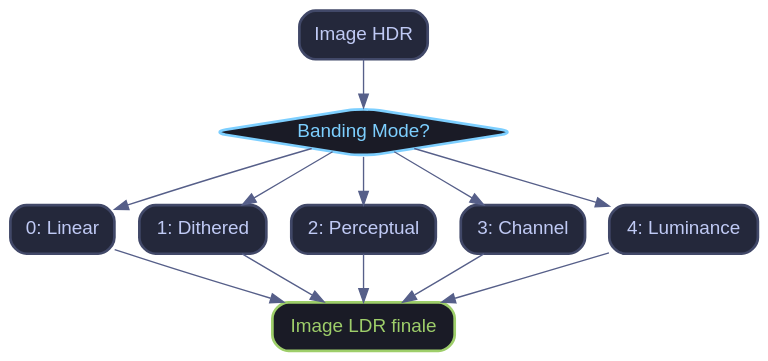
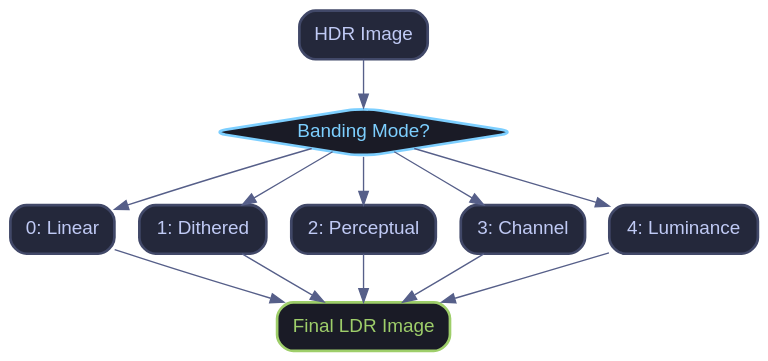
Before and after one commit to yoyonel/suckless-ogl: the first of 3 diagrams in docs/banding.md, drawn with Graphviz. The commit also changed other lines of this file and 98 other files, not shown here.

````diff
--- a/docs/banding.md
+++ b/docs/banding.md
@@ -9,22 +9,22 @@
 ```graphviz
 digraph BandingFlow {
     rankdir=TD;
     bgcolor="transparent";
     margin=0.1;
     node [shape=rect, style="filled,rounded", fontname="Helvetica", fillcolor="#24283b", color="#414868", fontcolor="#c0caf5", penwidth=2];
     edge [color="#565f89", fontcolor="#9aa5ce", fontsize=10];
 
-    A [label="Image HDR"];
+    A [label="HDR Image"];
     B [label="Banding Mode?", shape=diamond, fillcolor="#1a1b26", color="#7dcfff", fontcolor="#7dcfff"];
     C [label="0: Linear"];
     D [label="1: Dithered"];
     E [label="2: Perceptual"];
     F [label="3: Channel"];
     G [label="4: Luminance"];
-    H [label="Image LDR finale", fillcolor="#1a1b26", color="#9ece6a", fontcolor="#9ece6a"];
+    H [label="Final LDR Image", fillcolor="#1a1b26", color="#9ece6a", fontcolor="#9ece6a"];
 
     A -> B;
     B -> C; B -> D; B -> E; B -> F; B -> G;
     C -> H; D -> H; E -> H; F -> H; G -> H;
 }
 ```
````
